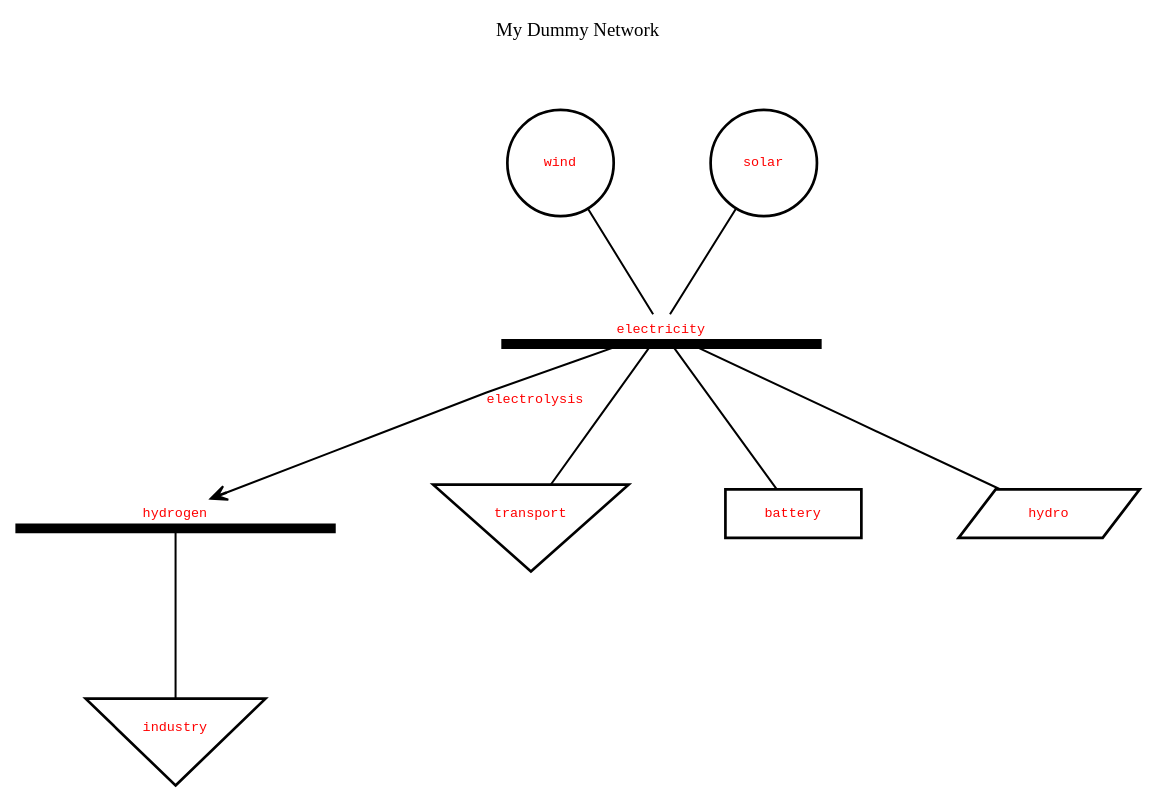
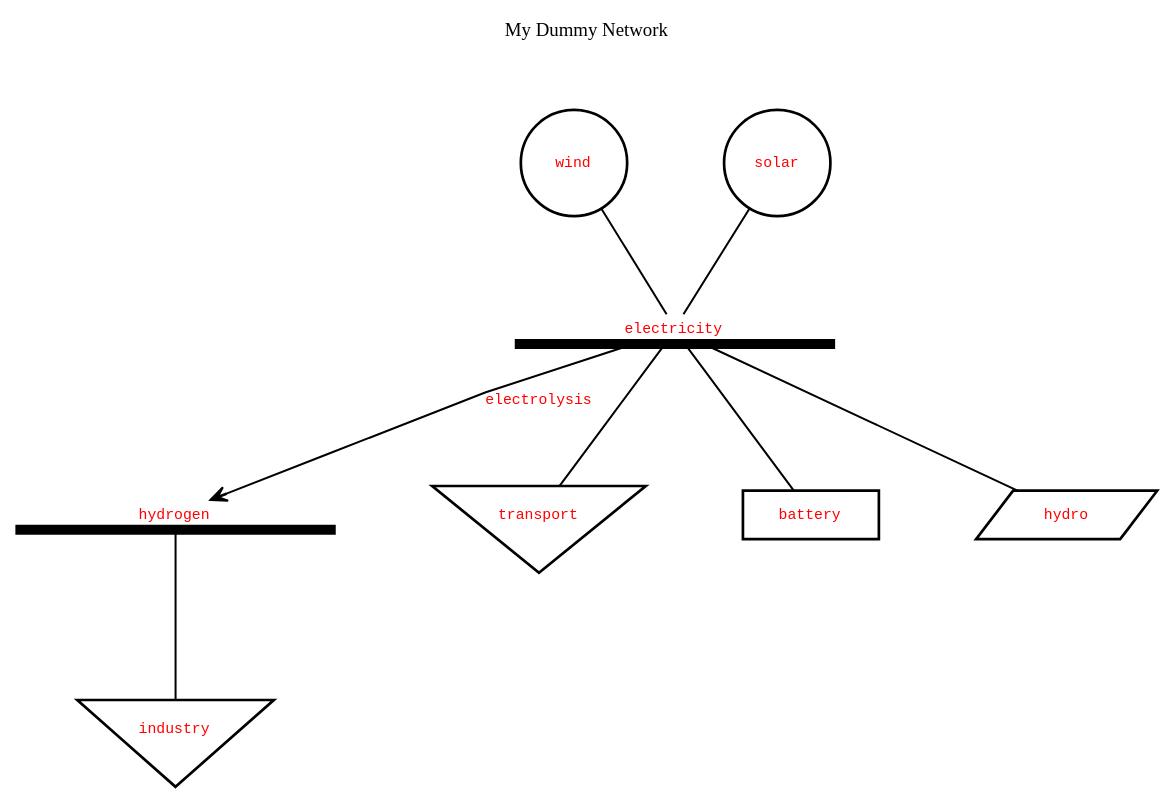
One commit to ricnogfer/pypsatopo changed the diagram in resources/topography.dot. Above: the diagram before and after it, drawn with Graphviz. The commit also changed 1 other file, not shown here.

Commit message:
Updated graphical example in the documentation

```diff
--- a/resources/topography.dot
+++ b/resources/topography.dot
@@ -1,162 +1,162 @@
 //
-// Generated by PyPSATopo version 1.1.3 (on the 2025/08/27 at 09:13:34) using the following parameters: 
+// Generated by PyPSATopo version 1.1.3 (on the 2025/08/27 at 09:26:42) using the following parameters: 
 //
 //    file_input=None
 //    focus=None
 //    neighbourhood=0
 //    bus_filter=None
 //    generator_filter=None
 //    load_filter=None
 //    store_filter=None
 //    storage_unit_filter=None
 //    link_filter=None
 //    line_filter=None
 //    carrier_filter=None
 //    negative_efficiency=True
 //    broken_missing=False
 //    carrier_color=None
 //    context=False
 //    file_output=topography.svg
 //    file_format=svg
 //    log=False
 //    log_info=False
 //    log_warning=False
 //
 
 digraph "My Dummy Network"
 {
    // digraph layout
    bgcolor = "white"
    labelloc = "t"
    label = "My Dummy Network
 
 
            "
    tooltip = "Network: My Dummy Network
 Buses: 2 (out of 2)
 Generators: 2 (out of 2)
 Loads: 2 (out of 2)
 Stores: 1 (out of 1)
 Storage units: 1 (out of 1)
 Links: 1 (out of 1)
 Lines: 0 (out of 0)
 Snapshots: 1"
    rankdir = "TB"
    ranksep = 1.00
    nodesep = 1.00
    splines = "polyline"
-   node [fontname = "Courier New", fontsize = 10.00]
-   edge [fontname = "Courier New", fontsize = 10.00]
+   node [fontname = "Courier New", fontsize = 11.00]
+   edge [fontname = "Courier New", fontsize = 11.00]
 
    // buses (2)
    "electricity (bus)" [label = <<font color = "red">electricity</font>>, tooltip = "Bus: electricity
 Carrier: AC
 Unit: 
 Generators: 2
 Loads: 1
 Stores: 1
 Storage units: 1
 Incoming links: 0
 Outgoing links: 1
 Lines: 0
 
 Power time series: N/A ", shape = "underline", width = 3.30, height = 0.30, style = "setlinewidth(7.30)", color = "black"]
    "hydrogen (bus)" [label = <<font color = "red">hydrogen</font>>, tooltip = "Bus: hydrogen
 Carrier: AC
 Unit: 
 Generators: 0
 Loads: 1
 Stores: 0
 Storage units: 0
 Incoming links: 1
 Outgoing links: 0
 Lines: 0
 
 Power time series: N/A ", shape = "underline", width = 3.30, height = 0.30, style = "setlinewidth(7.30)", color = "black"]
 
    // generators (2)
    "wind (generator)" [label = <<font color = "red">wind</font>>, tooltip = "Generator: wind
 Bus: electricity
 Carrier: 
 Extendable nominal power: False
 Nominal power: 0.00 
 Power set: 0.00 
 Efficiency: 1.00
 Capital cost: 0.00 currency/
 Marginal cost: 0.00 currency/h
 
 Optimised nominal power: 0.00 
 Power time series: N/A ", shape = "circle", width = 1.10, style = "setlinewidth(2.00)", color = "black"]   "wind (generator)" -> "electricity (bus)" [style = "setlinewidth(1.50)", color = "black", arrowhead = "none"]
    "solar (generator)" [label = <<font color = "red">solar</font>>, tooltip = "Generator: solar
 Bus: electricity
 Carrier: 
 Extendable nominal power: False
 Nominal power: 0.00 
 Power set: 0.00 
 Efficiency: 1.00
 Capital cost: 0.00 currency/
 Marginal cost: 0.00 currency/h
 
 Optimised nominal power: 0.00 
 Power time series: N/A ", shape = "circle", width = 1.10, style = "setlinewidth(2.00)", color = "black"]   "solar (generator)" -> "electricity (bus)" [style = "setlinewidth(1.50)", color = "black", arrowhead = "none"]
 
    // loads (2)
    "transport (load)" [label = <<font color = "red">transport</font>>, tooltip = "Load: transport
 Bus: electricity
 Carrier: 
 Power set: 0.00 ", shape = "invtriangle", width = 1.50, height = 1.20, style = "setlinewidth(2.00)", color = "black"]   "electricity (bus)" -> "transport (load)" [style = "setlinewidth(1.50)", color = "black", arrowhead = "none"]
    "industry (load)" [label = <<font color = "red">industry</font>>, tooltip = "Load: industry
 Bus: hydrogen
 Carrier: 
 Power set: 0.00 ", shape = "invtriangle", width = 1.50, height = 1.20, style = "setlinewidth(2.00)", color = "black"]   "hydrogen (bus)" -> "industry (load)" [style = "setlinewidth(1.50)", color = "black", arrowhead = "none"]
 
    // stores (1)
    "battery (store)" [label = <<font color = "red">battery</font>>, tooltip = "Store: battery
 Bus: electricity
 Carrier: 
 Extendable nominal energy: False
 Nominal energy: 0.00 h
 Power set: 0.00 
 Cyclic energy: False
 Capital cost: 0.00 currency/
 Marginal cost: 0.00 currency/h
 
 Optimised nominal energy: 0.00 h
 Energy time series: N/A h
 Power time series: N/A ", shape = "box", width = 1.40, style = "setlinewidth(2.00)", color = "black"]   "electricity (bus)" -> "battery (store)" [style = "setlinewidth(1.50)", color = "black", arrowhead = "none"]
 
    // storage units (1)
    "hydro (storage unit)" [label = <<font color = "red">hydro</font>>, tooltip = "Storage unit: hydro
 Bus: electricity
 Carrier: 
 Extendable nominal power: False
 Nominal power: 0.00 
 Power set: 0.00 
 Charge cyclic state: False
 Capital cost: 0.00 currency/
 Marginal cost: 0.00 currency/h
 
 Optimised nominal power: 0.00 
 Power time series: N/A ", shape = "parallelogram", width = 1.80, style = "setlinewidth(2.00)", color = "black"]   "electricity (bus)" -> "hydro (storage unit)" [style = "setlinewidth(1.50)", color = "black", arrowhead = "none"]
 
    // links (1)
    "electricity (bus)" -> "hydrogen (bus)" [label = <<font color = "red">electrolysis</font>>, tooltip = "Link: electrolysis
 From: electricity (bus0)
 To: hydrogen (bus1)
 Carrier: 
 Extendable nominal power: False
 Nominal power: 0.00 MW
 Efficiency: 1.00
 Capital cost: 0.00 currency/MW
 Marginal cost: 0.00 currency/MWh
 
 Optimised nominal power: 0.00 MW
 Power time series (p0): N/A MW
 Power time series (p1): N/A MW", style = "setlinewidth(1.50)", color = "black", arrowhead = "vee", arrowsize = 1.20]
 
    // multi-link trunks (0)
 
    // multi-link branches (0)
 
    // lines (0)
 }
```
